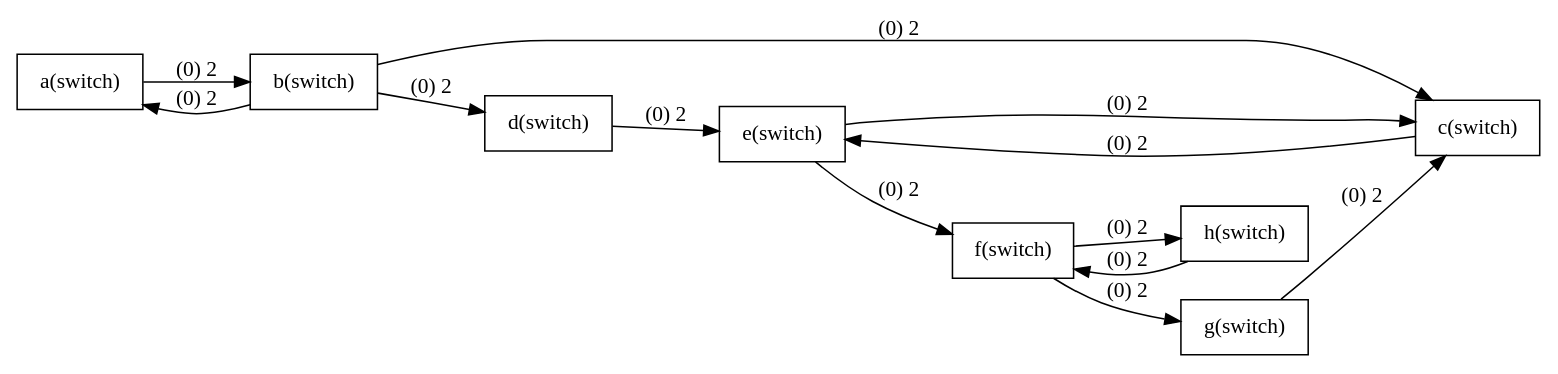
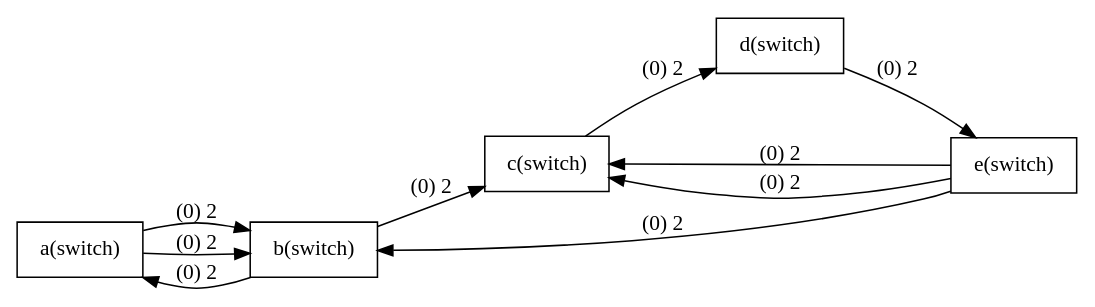
Before and after one commit to claireyy23/2019-spring-gt: the diagram in plot.dot, drawn with Graphviz. The commit also changed 2 other files, not shown here.

```diff
--- a/plot.dot
+++ b/plot.dot
@@ -1,42 +1,33 @@
 digraph G{
 rankdir=LR;
 node [shape=record];
 
 a [label="a(switch)"];
 b [label="b(switch)"];
 a->b[label="(0) 2"];
 b [label="b(switch)"];
 c [label="c(switch)"];
 b->c[label="(0) 2"];
-b [label="b(switch)"];
+c [label="c(switch)"];
 d [label="d(switch)"];
-b->d[label="(0) 2"];
-c [label="c(switch)"];
-e [label="e(switch)"];
-c->e[label="(0) 2"];
+c->d[label="(0) 2"];
 d [label="d(switch)"];
 e [label="e(switch)"];
 d->e[label="(0) 2"];
 e [label="e(switch)"];
-f [label="f(switch)"];
-e->f[label="(0) 2"];
-f [label="f(switch)"];
-h [label="h(switch)"];
-f->h[label="(0) 2"];
-f [label="f(switch)"];
-g [label="g(switch)"];
-f->g[label="(0) 2"];
-g [label="g(switch)"];
+b [label="b(switch)"];
+e->b[label="(0) 2"];
+e [label="e(switch)"];
 c [label="c(switch)"];
-g->c[label="(0) 2"];
+e->c[label="(0) 2"];
+a [label="a(switch)"];
+b [label="b(switch)"];
+a->b[label="(0) 2"];
 b [label="b(switch)"];
 a [label="a(switch)"];
 b->a[label="(0) 2"];
 e [label="e(switch)"];
 c [label="c(switch)"];
 e->c[label="(0) 2"];
-h [label="h(switch)"];
-f [label="f(switch)"];
-h->f[label="(0) 2"];
 
 }
```
